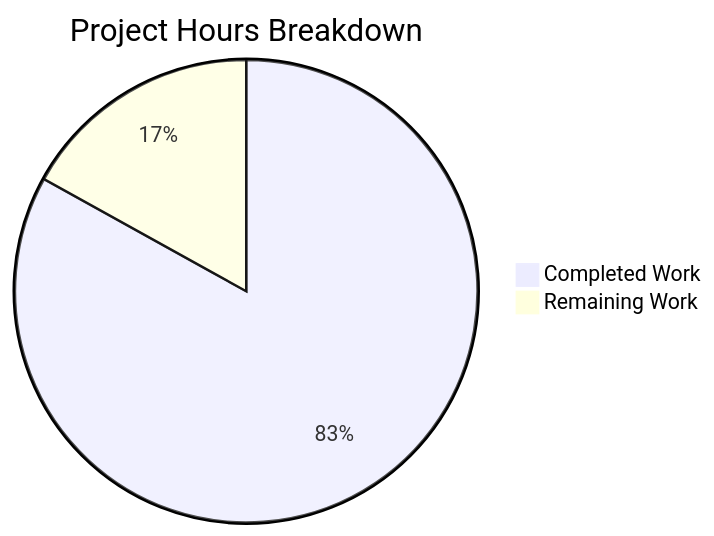
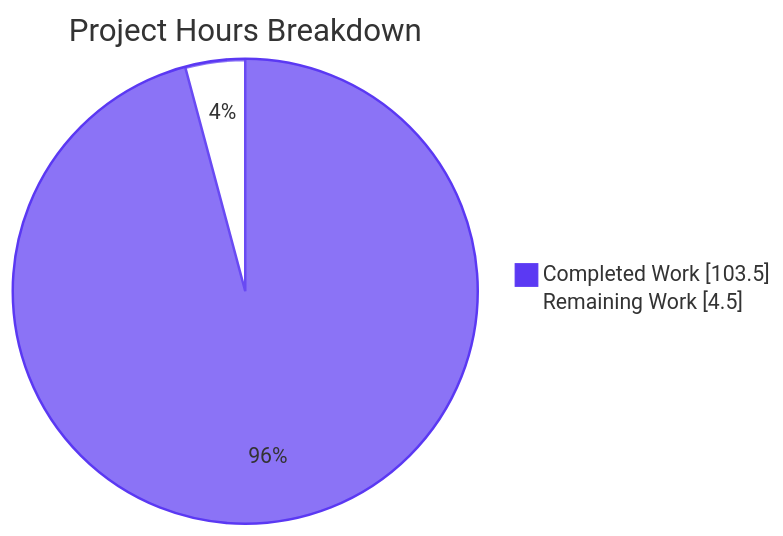
One commit to Blitzy-Sandbox/blitzy-RudderStack changed the second of 3 diagrams in blitzy/documentation/Project Guide.md. Above: the diagram before and after it, drawn with Mermaid. The commit also changed other lines of this file, not shown here.

Commit message:
Adding Blitzy Project Guide: Project Status and Human Tasks Remaining

````diff
--- a/blitzy/documentation/Project Guide.md
+++ b/blitzy/documentation/Project Guide.md
@@ -250,5 +252,6 @@
 ```mermaid
-pie title Project Hours Breakdown
-    "Completed Work" : 402
-    "Remaining Work" : 82
+%%{init: {'theme':'base','themeVariables':{'pie1':'#5B39F3','pie2':'#FFFFFF','pieStrokeColor':'#5B39F3','pieOuterStrokeColor':'#5B39F3'}}}%%
+pie showData title Project Hours Breakdown
+    "Completed Work" : 103.5
+    "Remaining Work" : 4.5
 ```
````
